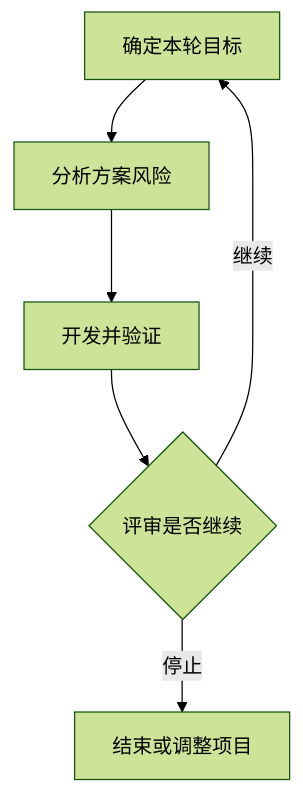
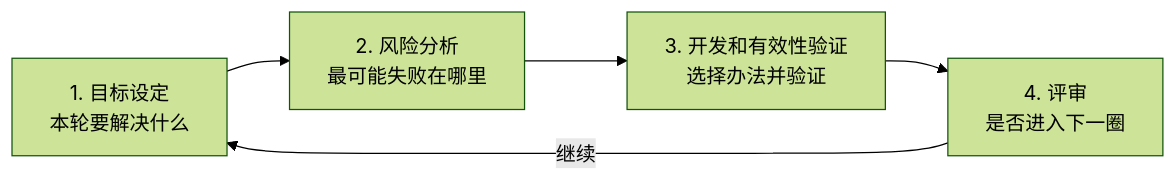
The diagram in 01_综合知识/04_软件工程基础知识/01_软件过程/螺旋模型.md (74262195/system-architect-notes), drawn with Mermaid (forest theme) before and after one commit. The commit also changed other lines of this file, not shown here.

````diff
--- a/01_综合知识/04_软件工程基础知识/01_软件过程/螺旋模型.md
+++ b/01_综合知识/04_软件工程基础知识/01_软件过程/螺旋模型.md
@@ -30,8 +62,7 @@
 ```mermaid
-flowchart TD
- A[确定本轮目标] --> B[分析方案风险]
- B --> C[开发并验证]
- C --> D{评审是否继续}
- D -->|继续| A
- D -->|停止| E[结束或调整项目]
+flowchart LR
+    A["1. 目标设定<br/>本轮要解决什么"] --> B["2. 风险分析<br/>最可能失败在哪里"]
+    B --> C["3. 开发和有效性验证<br/>选择办法并验证"]
+    C --> D["4. 评审<br/>是否进入下一圈"]
+    D -->|继续| A
 ```
````
